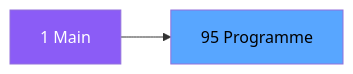
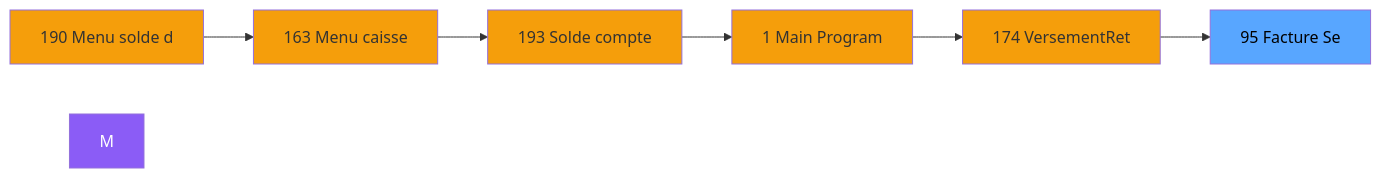
One commit to thonyAGP/magic-migration changed the second of 3 diagrams in .openspec/specs/ADH-IDE-95.md. Above: the diagram before and after it, drawn with Mermaid. The commit also changed other lines of this file and 323 other files, not shown here.

````diff
--- a/.openspec/specs/ADH-IDE-95.md
+++ b/.openspec/specs/ADH-IDE-95.md
@@ -104,8 +117,21 @@
 ```mermaid
 graph LR
-    M[1 Main]
-    T[95 Programme]
-    M --> T
+    N190[190 Menu solde d]
+    N163[163 Menu caisse ]
+    N193[193 Solde compte]
+    N1[1 Main Program]
+    N174[174 VersementRet]
+    T[95 Facture   Se]
+    N190 --> N163
+    N163 --> N193
+    N193 --> N1
+    N1 --> N174
+    N174 --> T
     style M fill:#8b5cf6,color:#fff
+    style N190 fill:#f59e0b
+    style N163 fill:#f59e0b
+    style N193 fill:#f59e0b
+    style N1 fill:#f59e0b
+    style N174 fill:#f59e0b
     style T fill:#58a6ff,color:#000
 ```
````
